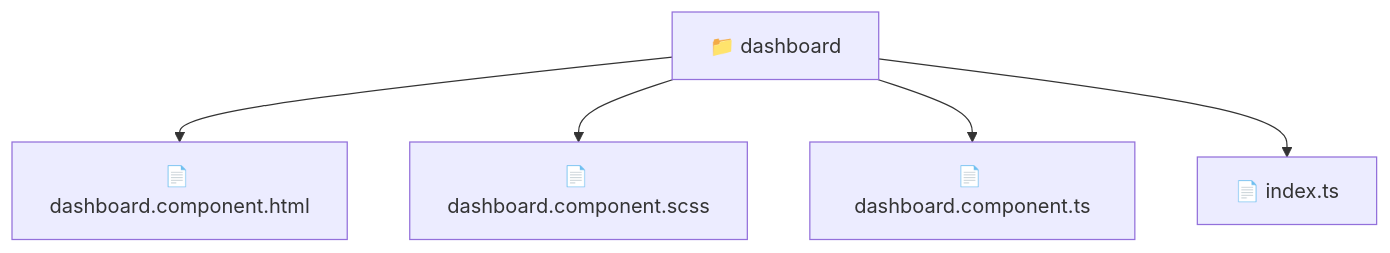
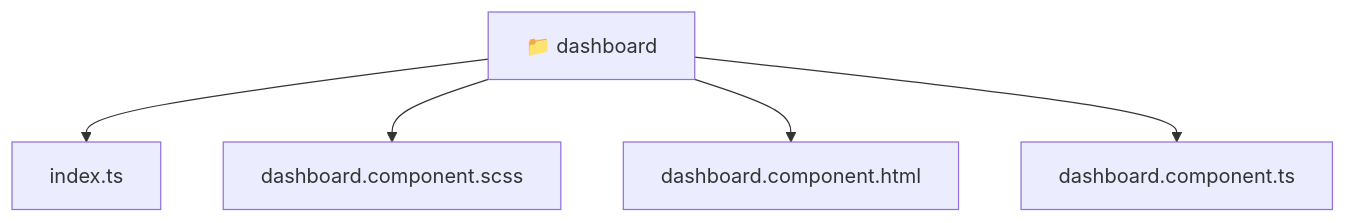
Before and after one commit to beginwebdev2002/fullstack-mavluda: the diagram in frontend/src/pages/dashboard/README.md, drawn with Mermaid. The commit also changed other lines of this file and 167 other files, not shown here.

````diff
--- a/frontend/src/pages/dashboard/README.md
+++ b/frontend/src/pages/dashboard/README.md
@@ -11,8 +11,12 @@
 ```mermaid
 graph TD
-  Root["📁 dashboard"]
-  Root --> dashboard_component_html["📄 dashboard.component.html"]
-  Root --> dashboard_component_scss["📄 dashboard.component.scss"]
-  Root --> dashboard_component_ts["📄 dashboard.component.ts"]
-  Root --> index_ts["📄 index.ts"]
+  Root_dashboard["📁 dashboard"]
+  f_index_ts["index.ts"]
+  Root_dashboard --> f_index_ts
+  f_dashboard_component_scss["dashboard.component.scss"]
+  Root_dashboard --> f_dashboard_component_scss
+  f_dashboard_component_html["dashboard.component.html"]
+  Root_dashboard --> f_dashboard_component_html
+  f_dashboard_component_ts["dashboard.component.ts"]
+  Root_dashboard --> f_dashboard_component_ts
 ```
````
